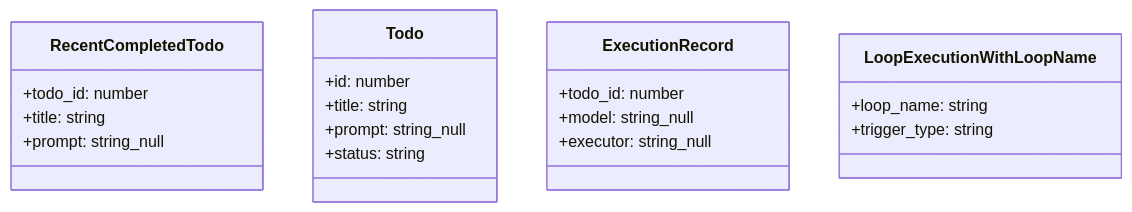
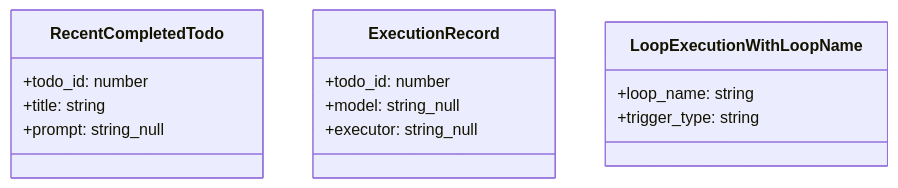
The third of 4 diagrams in frontend/src/help/pages/board-search.md (weibaohui/ntd), drawn with Mermaid before and after one commit. The commit also changed other lines of this file and 1 other file, not shown here.

First line of the commit message:
fix(097): 修评审——清理 board-search/board-time-filter 过时的看板视图引用

````diff
--- a/frontend/src/help/pages/board-search.md
+++ b/frontend/src/help/pages/board-search.md
@@ -42,23 +38,17 @@
 ```mermaid
 classDiagram
   class RecentCompletedTodo {
     +todo_id: number
     +title: string
     +prompt: string_null
-  }
-  class Todo {
-    +id: number
-    +title: string
-    +prompt: string_null
-    +status: string
   }
   class ExecutionRecord {
     +todo_id: number
     +model: string_null
     +executor: string_null
   }
   class LoopExecutionWithLoopName {
     +loop_name: string
     +trigger_type: string
   }
 ```
````
